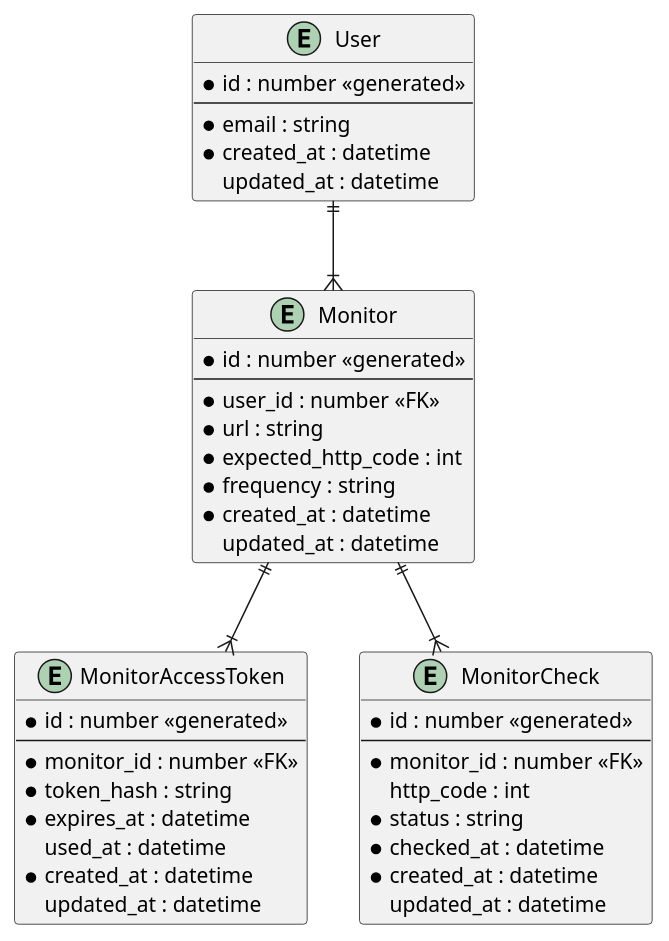
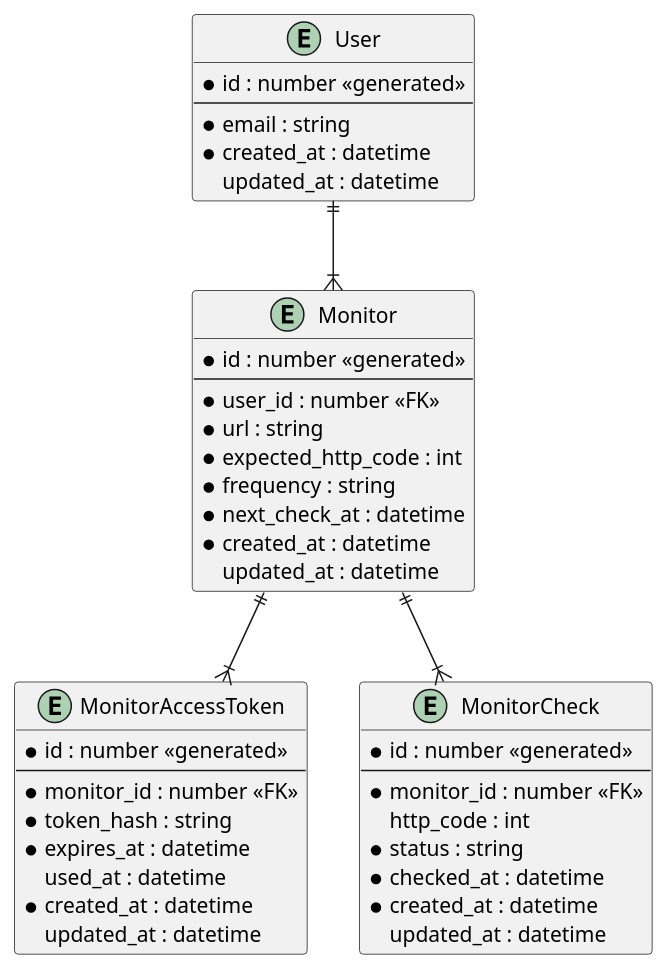
The diagram in documents/UML/diagram_entity_relation.puml (julien-gassmann/url-monitor), drawn with PlantUML before and after one commit. The commit also changed 7 other files, not shown here.

Commit message:
chore(backend): add next_check_at property to Monitor model along with scope + refactor action files in dedicated folders

```diff
--- a/documents/UML/diagram_entity_relation.puml
+++ b/documents/UML/diagram_entity_relation.puml
@@ -1,48 +1,49 @@
 @startuml
 top to bottom direction
 
 entity "User" {
   *id : number <<generated>>
   --
   *email : string
   *created_at : datetime
   updated_at : datetime
 }
 
 entity "Monitor" {
   *id : number <<generated>>
   --
   *user_id : number <<FK>>
   *url : string
   *expected_http_code : int
   *frequency : string
+  *next_check_at : datetime
   *created_at : datetime
   updated_at : datetime
 }
 
 entity "MonitorAccessToken" {
   *id : number <<generated>>
   --
   *monitor_id : number <<FK>>
   *token_hash : string
   *expires_at : datetime
   used_at : datetime
   *created_at : datetime
   updated_at : datetime
 }
 
 entity "MonitorCheck" {
   *id : number <<generated>>
   --
   *monitor_id : number <<FK>>
   http_code : int
   *status : string
   *checked_at : datetime
   *created_at : datetime
   updated_at : datetime
 }
 
 User ||--|{ Monitor
 Monitor ||--|{ MonitorCheck
 Monitor ||--|{ MonitorAccessToken
 @enduml
```
